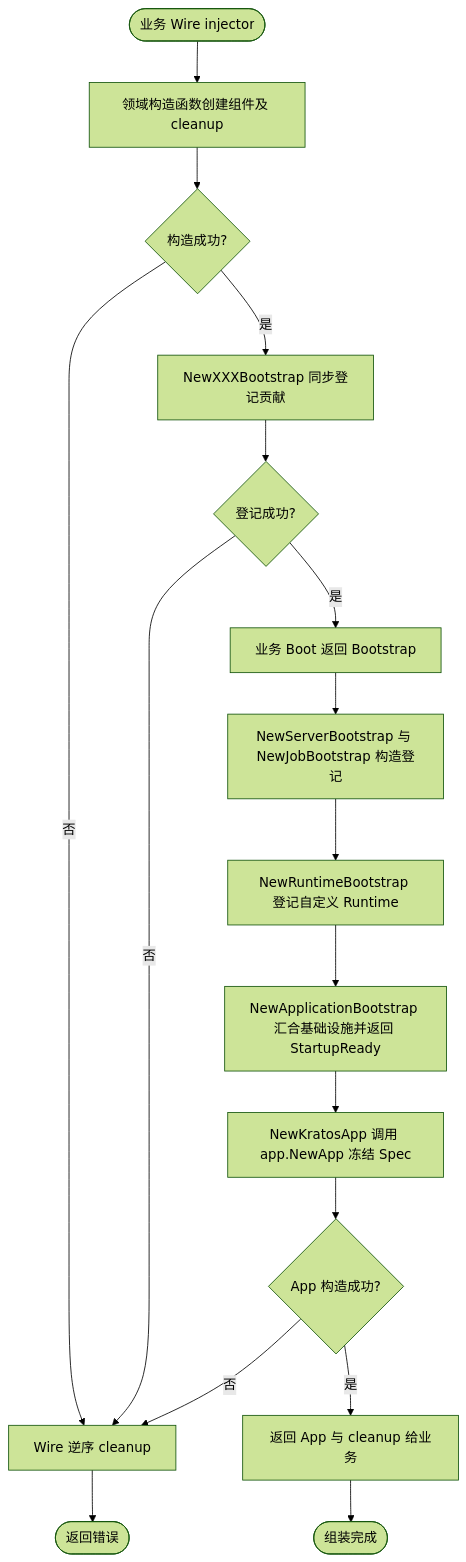
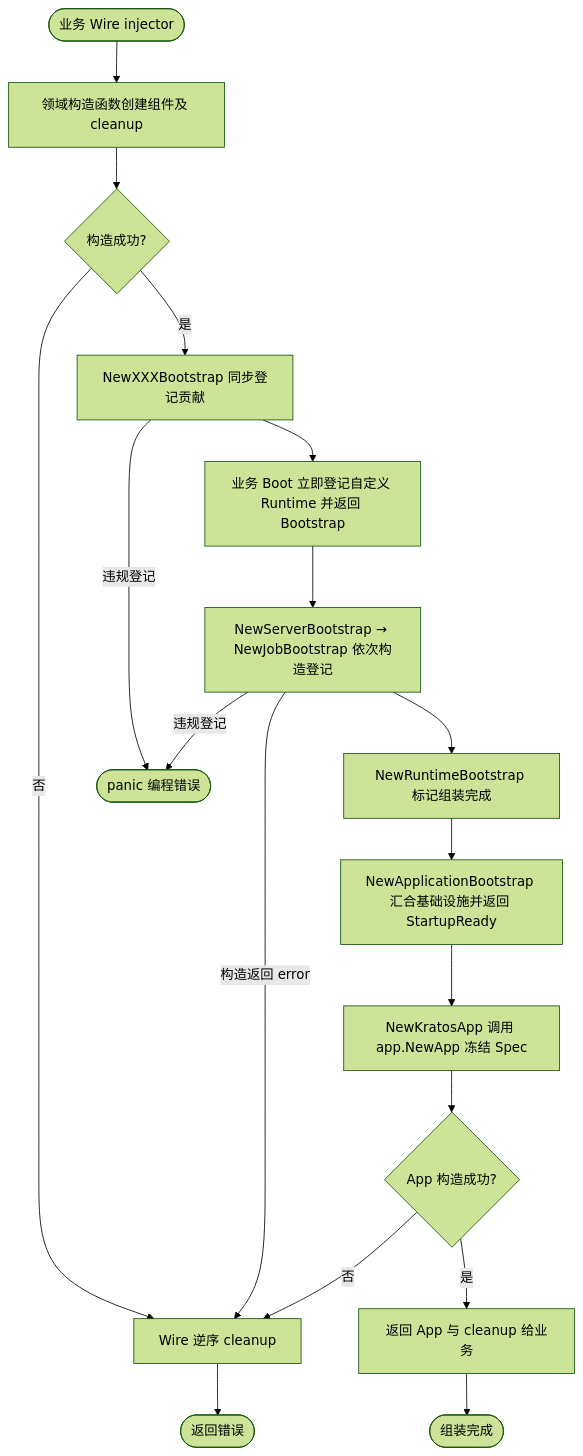
Before and after one commit to jaggerzhuang1994/kratos-foundation: the second of 6 diagrams in pkg/bootstrap/README.md, drawn with Mermaid (forest theme). The commit also changed other lines of this file and 77 other files, not shown here.

Commit message:
refactor(bootstrap): 简化 Spec 蓝图组装与协议启用规则

````diff
--- a/pkg/bootstrap/README.md
+++ b/pkg/bootstrap/README.md
@@ -99,19 +141,20 @@
 ```mermaid
 flowchart TD
     A([业务 Wire injector]) --> B[领域构造函数创建组件及 cleanup]
     B --> C{构造成功?}
     C -- 否 --> X[Wire 逆序 cleanup]
     C -- 是 --> D[NewXXXBootstrap 同步登记贡献]
-    D --> E{登记成功?}
-    E -- 否 --> X
-    E -- 是 --> F[业务 Boot 返回 Bootstrap]
-    F --> S[NewServerBootstrap 与 NewJobBootstrap 构造登记]
-    S --> F1[NewRuntimeBootstrap 登记自定义 Runtime]
+    D -- 违规登记 --> P([panic 编程错误])
+    D --> F[业务 Boot 立即登记自定义 Runtime 并返回 Bootstrap]
+    F --> S[NewServerBootstrap → NewJobBootstrap 依次构造登记]
+    S -- 违规登记 --> P
+    S -- 构造返回 error --> X
+    S --> F1[NewRuntimeBootstrap 标记组装完成]
     F1 --> G[NewApplicationBootstrap 汇合基础设施并返回 StartupReady]
     G --> H[NewKratosApp 调用 app.NewApp 冻结 Spec]
     H --> I{App 构造成功?}
     I -- 否 --> X
     X --> Y([返回错误])
     I -- 是 --> J[返回 App 与 cleanup 给业务]
     J --> K([组装完成])
 ```
````
